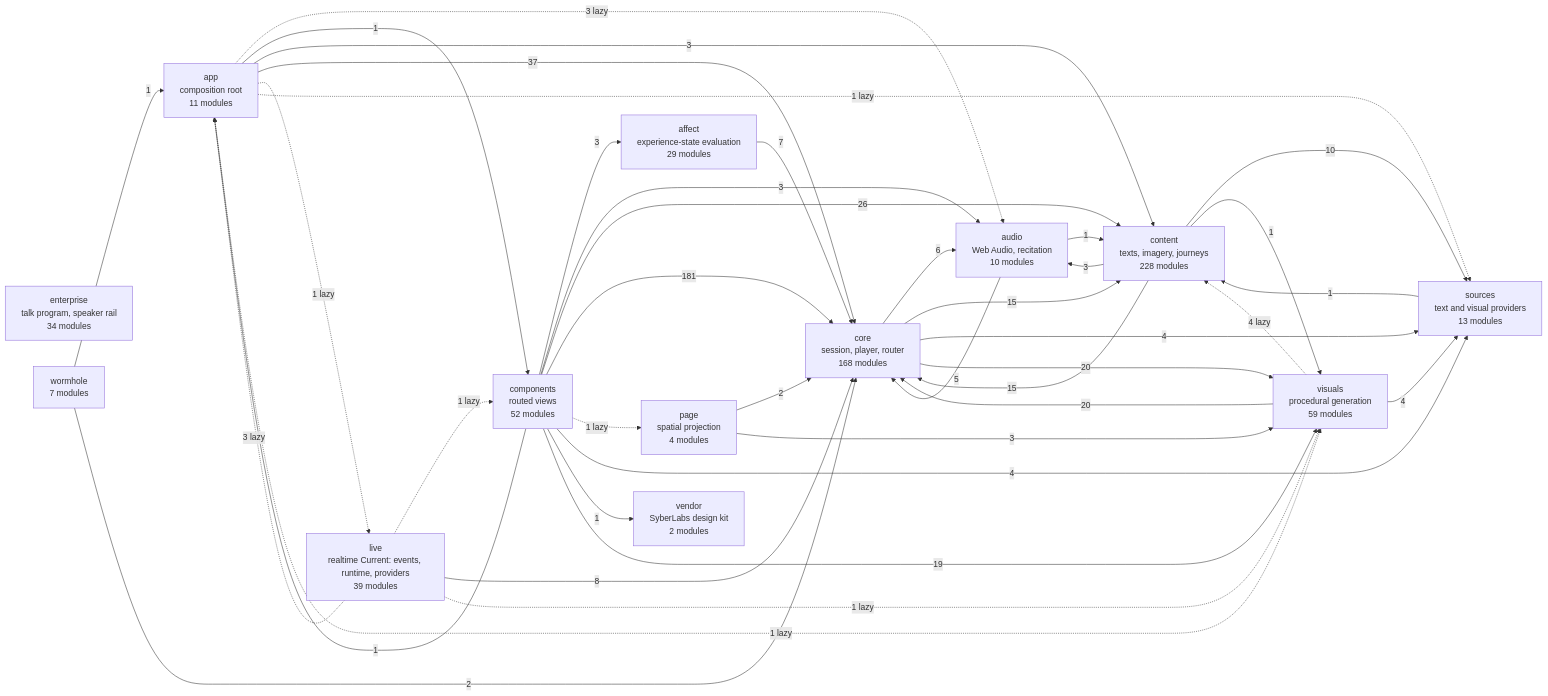
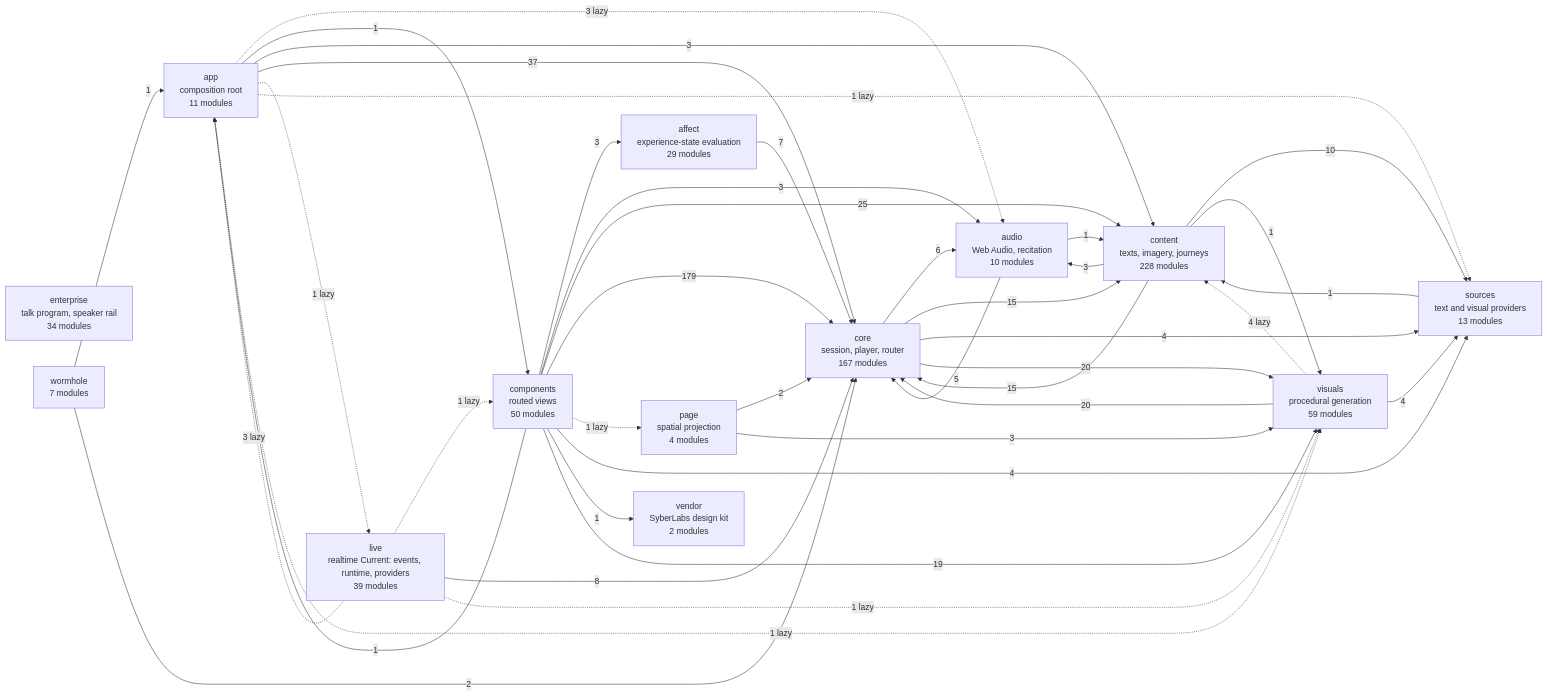
Before and after one commit to SyberLabs/RISE: the diagram in docs/specs/ARCHITECTURE.md, drawn with Mermaid. The commit also changed other lines of this file and 26 other files, not shown here.

````diff
--- a/docs/specs/ARCHITECTURE.md
+++ b/docs/specs/ARCHITECTURE.md
@@ -160,56 +160,56 @@
 ```mermaid
 flowchart LR
     affect["affect<br/>experience-state evaluation<br/>29 modules"]
     app["app<br/>composition root<br/>11 modules"]
     audio["audio<br/>Web Audio, recitation<br/>10 modules"]
-    components["components<br/>routed views<br/>52 modules"]
+    components["components<br/>routed views<br/>50 modules"]
     content["content<br/>texts, imagery, journeys<br/>228 modules"]
-    core["core<br/>session, player, router<br/>168 modules"]
+    core["core<br/>session, player, router<br/>167 modules"]
     enterprise["enterprise<br/>talk program, speaker rail<br/>34 modules"]
     live["live<br/>realtime Current: events, runtime, providers<br/>39 modules"]
     page["page<br/>spatial projection<br/>4 modules"]
     sources["sources<br/>text and visual providers<br/>13 modules"]
     vendor["vendor<br/>SyberLabs design kit<br/>2 modules"]
     visuals["visuals<br/>procedural generation<br/>59 modules"]
     wormhole["wormhole<br/>7 modules"]
 
     affect --> |7| core
     app -.-> |3 lazy| audio
     app --> |1| components
     app --> |3| content
     app --> |37| core
     app -.-> |1 lazy| live
     app -.-> |1 lazy| sources
     app -.-> |1 lazy| visuals
     audio --> |1| content
     audio --> |5| core
     components --> |3| affect
     components --> |1| app
     components --> |3| audio
-    components --> |26| content
-    components --> |181| core
+    components --> |25| content
+    components --> |179| core
     components -.-> |1 lazy| page
     components --> |4| sources
     components --> |1| vendor
     components --> |19| visuals
     content --> |3| audio
     content --> |15| core
     content --> |10| sources
     content --> |1| visuals
     core --> |6| audio
     core --> |15| content
     core --> |4| sources
     core --> |20| visuals
     live -.-> |3 lazy| app
     live -.-> |1 lazy| components
     live --> |8| core
     live -.-> |1 lazy| visuals
     page --> |2| core
     page --> |3| visuals
     sources --> |1| content
     visuals -.-> |4 lazy| content
     visuals --> |20| core
     visuals --> |4| sources
     wormhole --> |1| app
     wormhole --> |2| core
 ```
````
